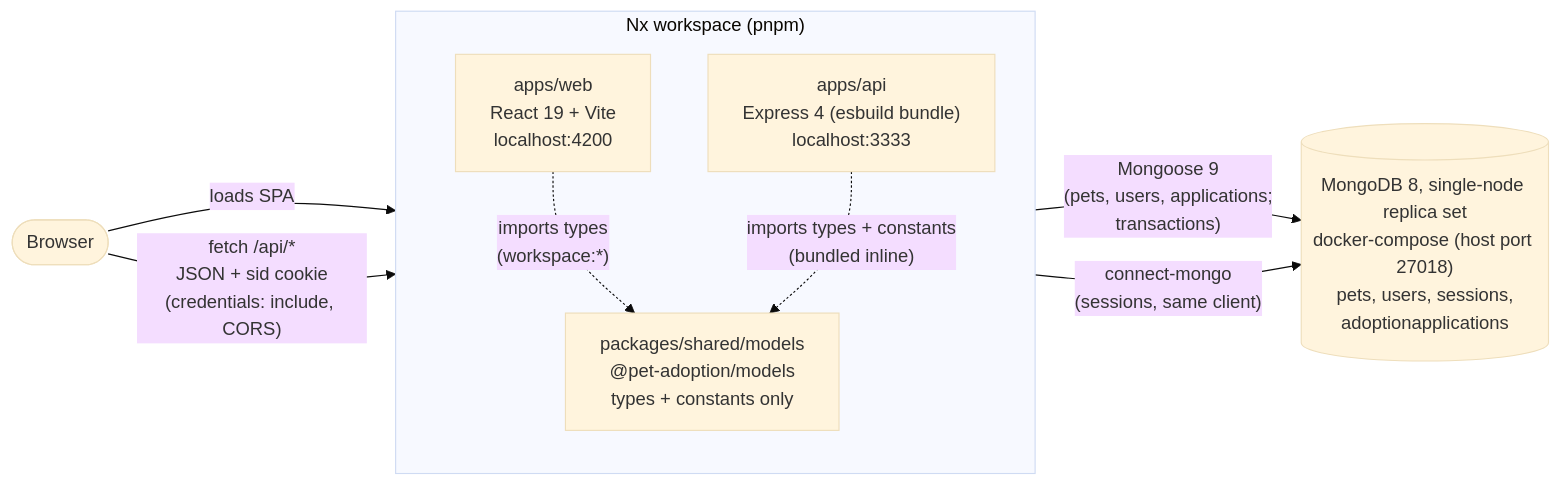
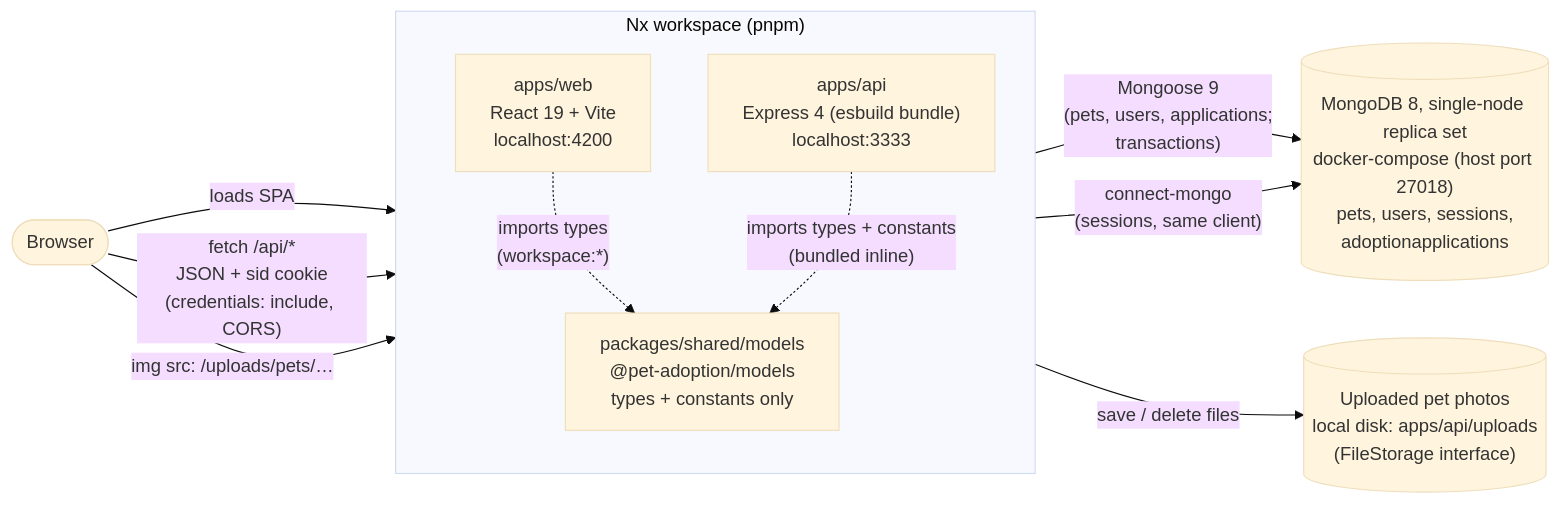
The first of 9 diagrams in docs/architecture.md (BojanSovtic/pet-adoption-system), drawn with Mermaid (base theme) before and after one commit. The commit also changed other lines of this file and 43 other files, not shown here.

First line of the commit message:
feat: add pet photo uploads with local file storage

````diff
--- a/docs/architecture.md
+++ b/docs/architecture.md
@@ -9,19 +9,22 @@
 ```mermaid
 flowchart LR
   subgraph nx["Nx workspace (pnpm)"]
     direction TB
     web["apps/web<br/>React 19 + Vite<br/>localhost:4200"]
     api["apps/api<br/>Express 4 (esbuild bundle)<br/>localhost:3333"]
     models["packages/shared/models<br/>@pet-adoption/models<br/>types + constants only"]
   end
 
   browser(["Browser"])
   mongo[("MongoDB 8, single-node replica set<br/>docker-compose (host port 27018)<br/>pets, users, sessions,<br/>adoptionapplications")]
 
   browser -- "loads SPA" --> web
   browser -- "fetch /api/*<br/>JSON + sid cookie<br/>(credentials: include, CORS)" --> api
   web -. "imports types<br/>(workspace:*)" .-> models
   api -. "imports types + constants<br/>(bundled inline)" .-> models
   api -- "Mongoose 9<br/>(pets, users, applications;<br/>transactions)" --> mongo
   api -- "connect-mongo<br/>(sessions, same client)" --> mongo
+  uploads[("Uploaded pet photos<br/>local disk: apps/api/uploads<br/>(FileStorage interface)")]
+  api -- "save / delete files" --> uploads
+  browser -- "img src: /uploads/pets/…" --> api
 ```
````
